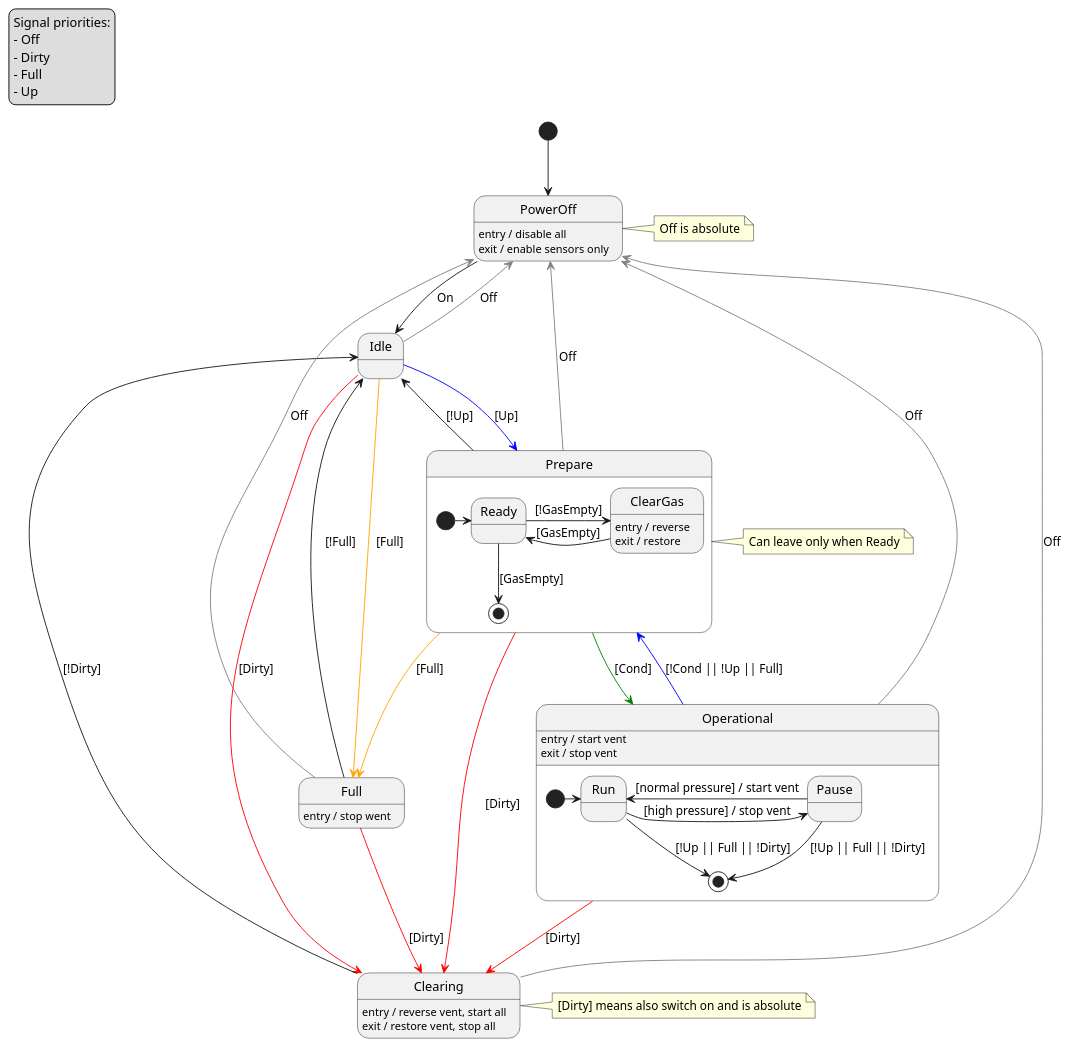
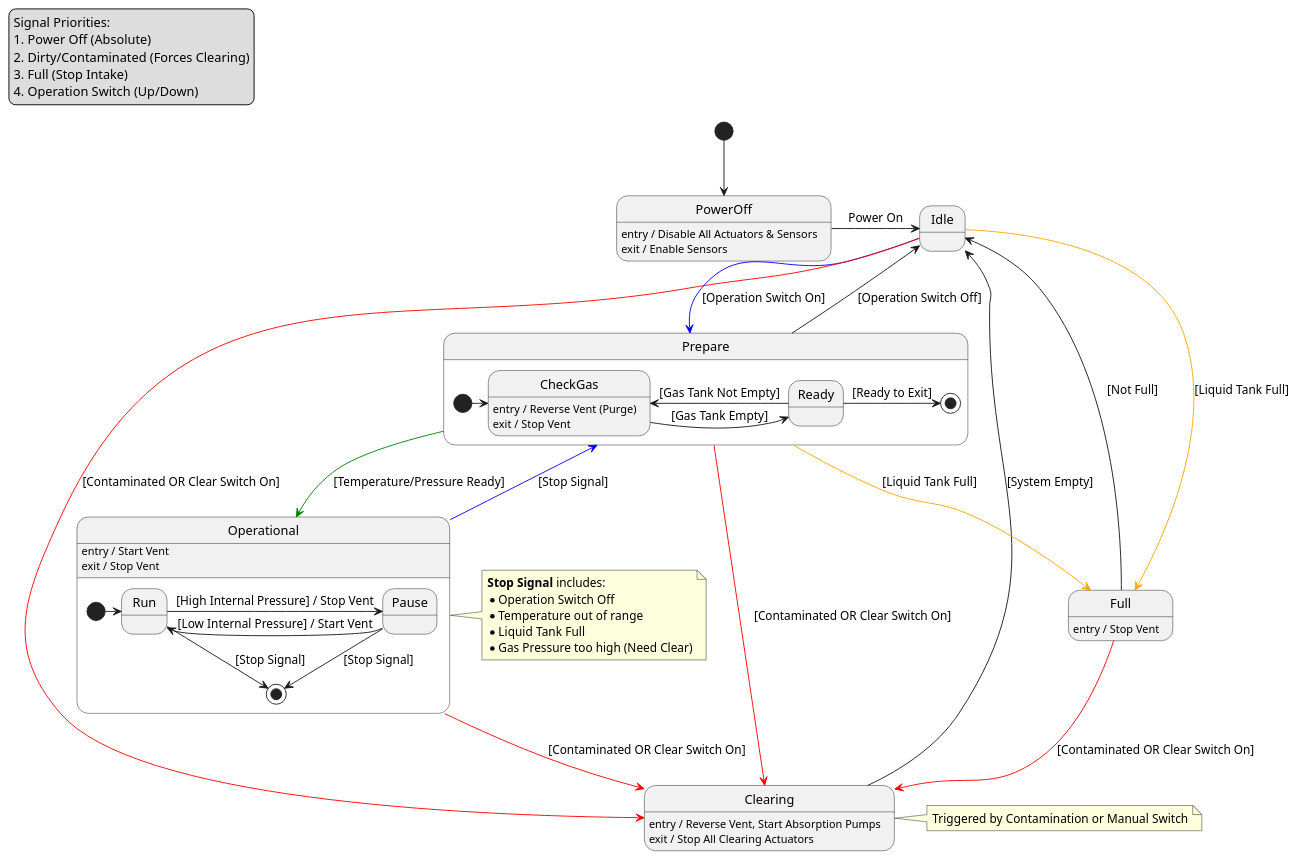
Before and after one commit to borisovandrey/stationeers-in-game-scripts: the diagram in terain-mars/gas-station/liquid-co2/luquid-co2.md, drawn with PlantUML. The commit also changed other lines of this file and 1 other file, not shown here.

Commit message:
fix: refine CO2 condenser documentation and fix script logic

````diff
--- a/terain-mars/gas-station/liquid-co2/luquid-co2.md
+++ b/terain-mars/gas-station/liquid-co2/luquid-co2.md
@@ -32,68 +40,69 @@
 ```plantuml
 @startuml
 [*] --> PowerOff
-note right of PowerOff : Off is absolute
 
 legend top left
-  Signal priorities:
-  - Off
-  - Dirty
-  - Full
-  - Up
+  Signal Priorities:
+  1. Power Off (Absolute)
+  2. Dirty/Contaminated (Forces Clearing)
+  3. Full (Stop Intake)
+  4. Operation Switch (Up/Down)
 endlegend
 
-PowerOff -> Idle : On
-Idle -[#Blue]-> Prepare : [Up]
-Idle -[#Red]-> Clearing: [Dirty]
-Idle -[#Orange]-> Full : [Full]
+PowerOff -> Idle : Power On
+Idle -[#Blue]-> Prepare : [Operation Switch On]
+Idle -[#Red]-> Clearing : [Contaminated OR Clear Switch On]
+Idle -[#Orange]-> Full : [Liquid Tank Full]
 
-Prepare -> Idle : [!Up]
+Operational -[#Blue]-> Prepare : [Stop Signal]
 
-Prepare -[#Green]-> Operational : [Cond] 
-Prepare -[#Orange]-> Full : [Full]
+note right of Operational
+  **Stop Signal** includes:
+  * Operation Switch Off
+  * Temperature out of range
+  * Liquid Tank Full
+  * Gas Pressure too high (Need Clear)
+end note
 
-Operational -[#Blue]-> Prepare : [!Cond || !Up || Full]
+note right of Clearing : Triggered by Contamination or Manual Switch
+Prepare -[#Red]-> Clearing : [Contaminated OR Clear Switch On]
+Operational -[#Red]-> Clearing : [Contaminated OR Clear Switch On]
+Full -[#Red]-> Clearing : [Contaminated OR Clear Switch On]
 
-note right of Clearing : [Dirty] means also switch on and is absolute
-Prepare -[#Red]-> Clearing: [Dirty]
-Operational -[#Red]-> Clearing: [Dirty]
-Full -[#Red]-> Clearing: [Dirty]
+Full --> Idle : [Not Full]
+Clearing --> Idle : [System Empty]
 
-Full --> Idle : [!Full]
-Clearing --> Idle : [!Dirty]
+state Prepare {
+    [*] -> CheckGas
+    state "Ready" as Prepare_Ready
+    CheckGas -> Prepare_Ready : [Gas Tank Empty]
+    Prepare_Ready -> CheckGas : [Gas Tank Not Empty]
 
-note right of Prepare : Can leave only when Ready
-state Prepare {
-    [*] -> Prepare_Ready
-    state "Ready" as Prepare_Ready
-    ClearGas -> Prepare_Ready : [GasEmpty]
-    Prepare_Ready -> ClearGas : [!GasEmpty]
-    Prepare_Ready --> [*] : [GasEmpty]
-    ClearGas : entry / reverse
-    ClearGas : exit / restore
+    Prepare_Ready -> [*] : [Ready to Exit]
+
+    CheckGas : entry / Reverse Vent (Purge)
+    CheckGas : exit / Stop Vent
 }
 
+Prepare -[#Green]-> Operational : [Temperature/Pressure Ready] 
+Prepare -[#Orange]-> Full : [Liquid Tank Full]
+Prepare -> Idle : [Operation Switch Off]
+
 state Operational {
+
   [*] -> Run
-  Run -> Pause : [high pressure] / stop vent
-  Pause -> Run : [normal pressure] / start vent
-  Run --> [*] : [!Up || Full || !Dirty]
-  Pause --> [*] : [!Up || Full || !Dirty]
+  Run -> Pause : [High Internal Pressure] / Stop Vent
+  Pause -> Run : [Low Internal Pressure] / Start Vent
+  Run --> [*] : [Stop Signal]
+  Pause --> [*] : [Stop Signal]
 } 
 
-Full : entry / stop went
-Clearing : entry / reverse vent, start all
-Clearing : exit / restore vent, stop all
-Operational : entry / start vent
-Operational : exit / stop vent
-PowerOff : entry / disable all
-PowerOff : exit / enable sensors only
-
-
-Idle -[#Gray]-> PowerOff : Off
-Prepare -[#Gray]-> PowerOff : Off
-Operational -[#Gray]-> PowerOff : Off
-Clearing -[#Gray]-> PowerOff : Off
-Full -[#Gray]-> PowerOff : Off
+Full : entry / Stop Vent
+Clearing : entry / Reverse Vent, Start Absorption Pumps
+Clearing : exit / Stop All Clearing Actuators
+Operational : entry / Start Vent
+Operational : exit / Stop Vent
+PowerOff : entry / Disable All Actuators & Sensors
+PowerOff : exit / Enable Sensors
 @enduml
 ```
````
